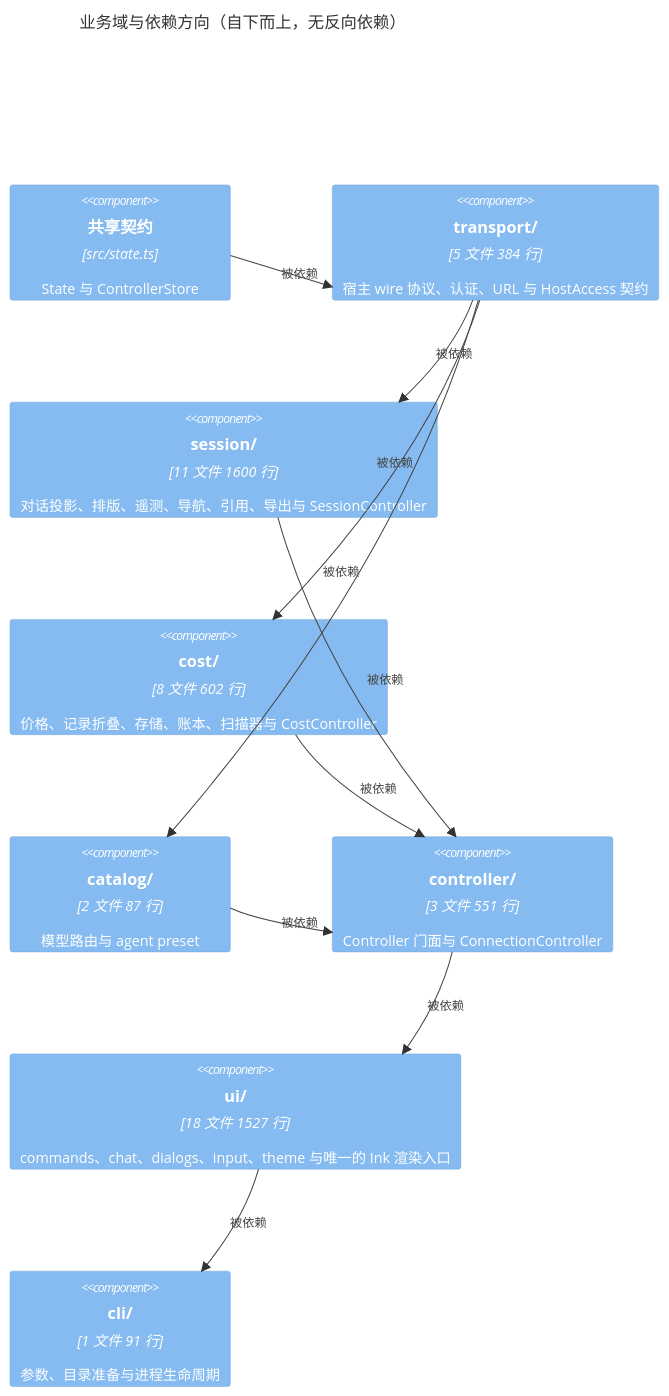
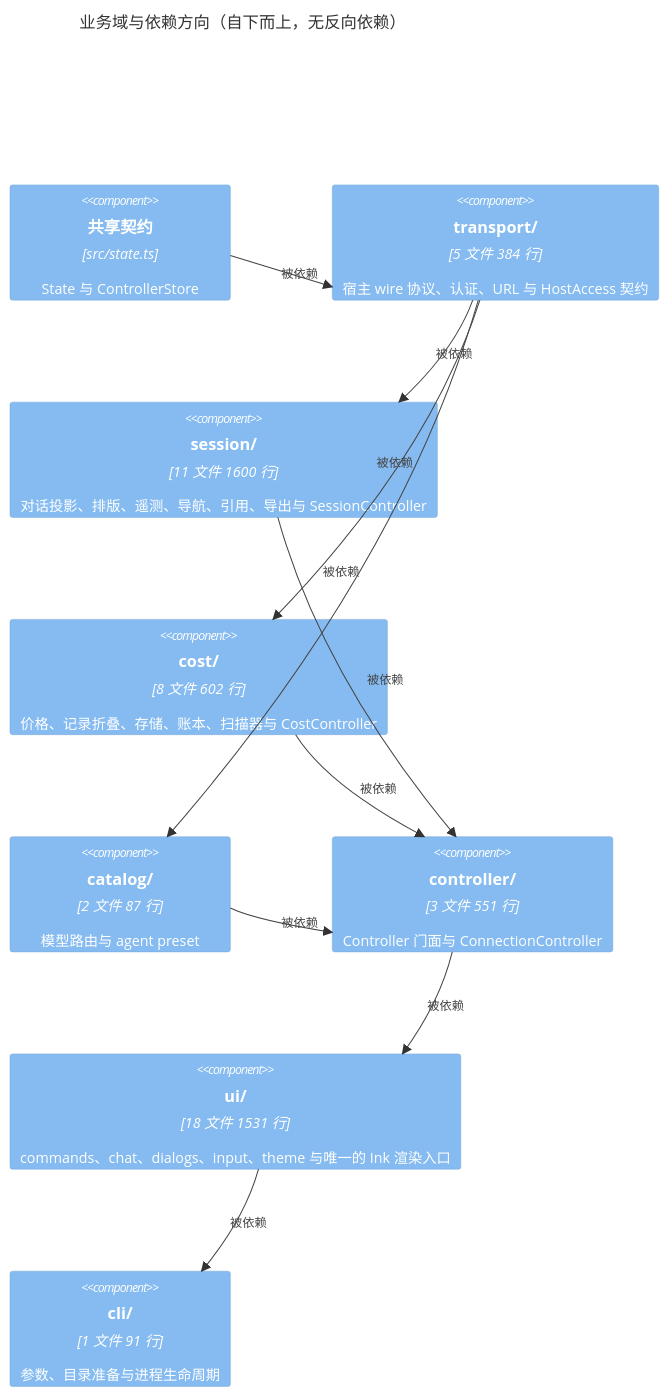
Before and after one commit to mushuanli/dsht: the fourth of 14 diagrams in tui-design.md, drawn with Mermaid. The commit also changed other lines of this file, not shown here.

````diff
--- a/tui-design.md
+++ b/tui-design.md
@@ -172,23 +172,23 @@
 ```mermaid
 C4Component
   title 业务域与依赖方向（自下而上，无反向依赖）
 
   Component(root, "共享契约", "src/state.ts", "State 与 ControllerStore")
   Component(transport, "transport/", "5 文件 384 行", "宿主 wire 协议、认证、URL 与 HostAccess 契约")
   Component(session, "session/", "11 文件 1600 行", "对话投影、排版、遥测、导航、引用、导出与 SessionController")
   Component(cost, "cost/", "8 文件 602 行", "价格、记录折叠、存储、账本、扫描器与 CostController")
   Component(catalog, "catalog/", "2 文件 87 行", "模型路由与 agent preset")
   Component(controller, "controller/", "3 文件 551 行", "Controller 门面与 ConnectionController")
-  Component(ui, "ui/", "18 文件 1527 行", "commands、chat、dialogs、input、theme 与唯一的 Ink 渲染入口")
+  Component(ui, "ui/", "18 文件 1531 行", "commands、chat、dialogs、input、theme 与唯一的 Ink 渲染入口")
   Component(cli, "cli/", "1 文件 91 行", "参数、目录准备与进程生命周期")
 
   Rel(root, transport, "被依赖")
   Rel(transport, session, "被依赖")
   Rel(transport, cost, "被依赖")
   Rel(transport, catalog, "被依赖")
   Rel(session, controller, "被依赖")
   Rel(cost, controller, "被依赖")
   Rel(catalog, controller, "被依赖")
   Rel(controller, ui, "被依赖")
   Rel(ui, cli, "被依赖")
 ```
````
